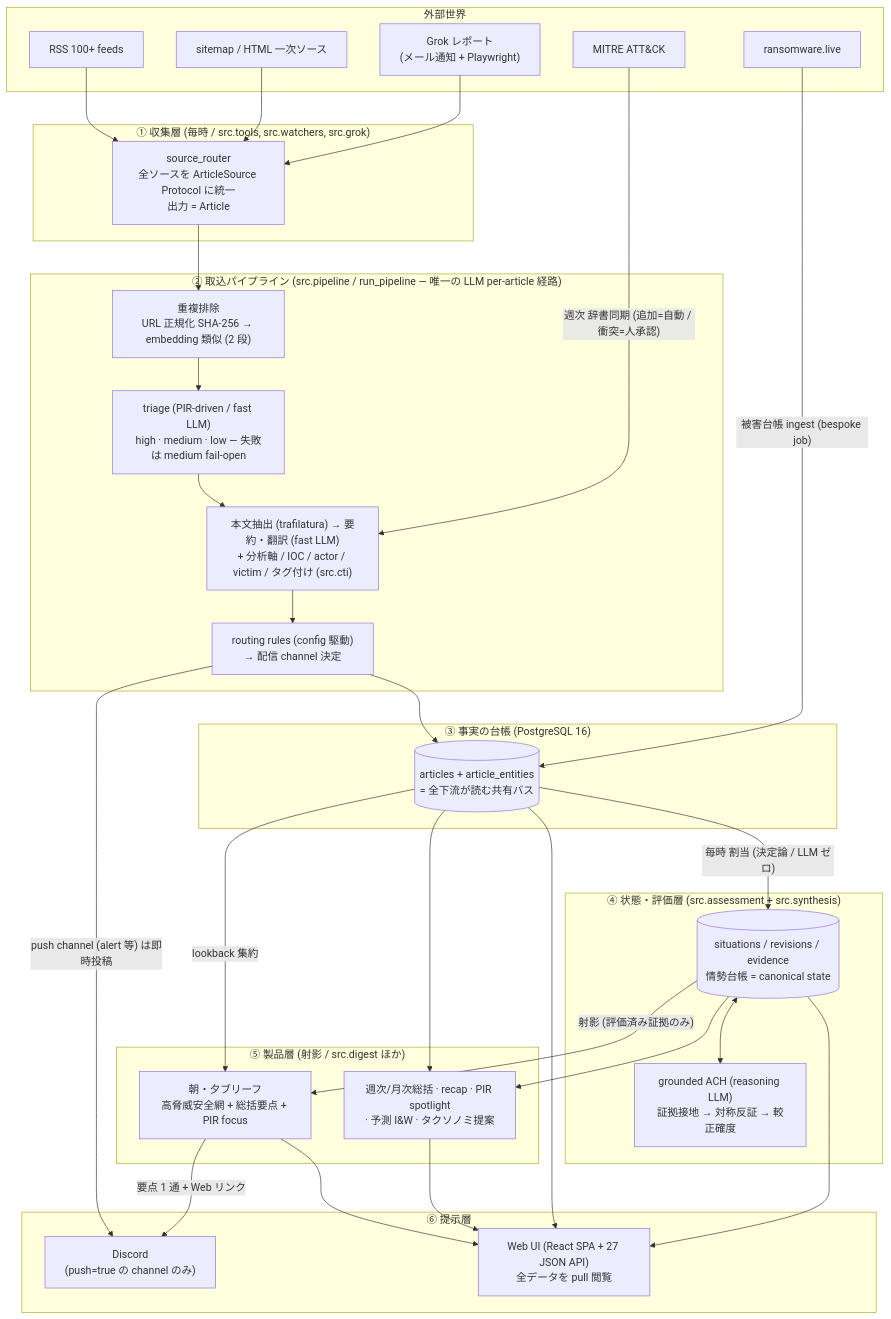
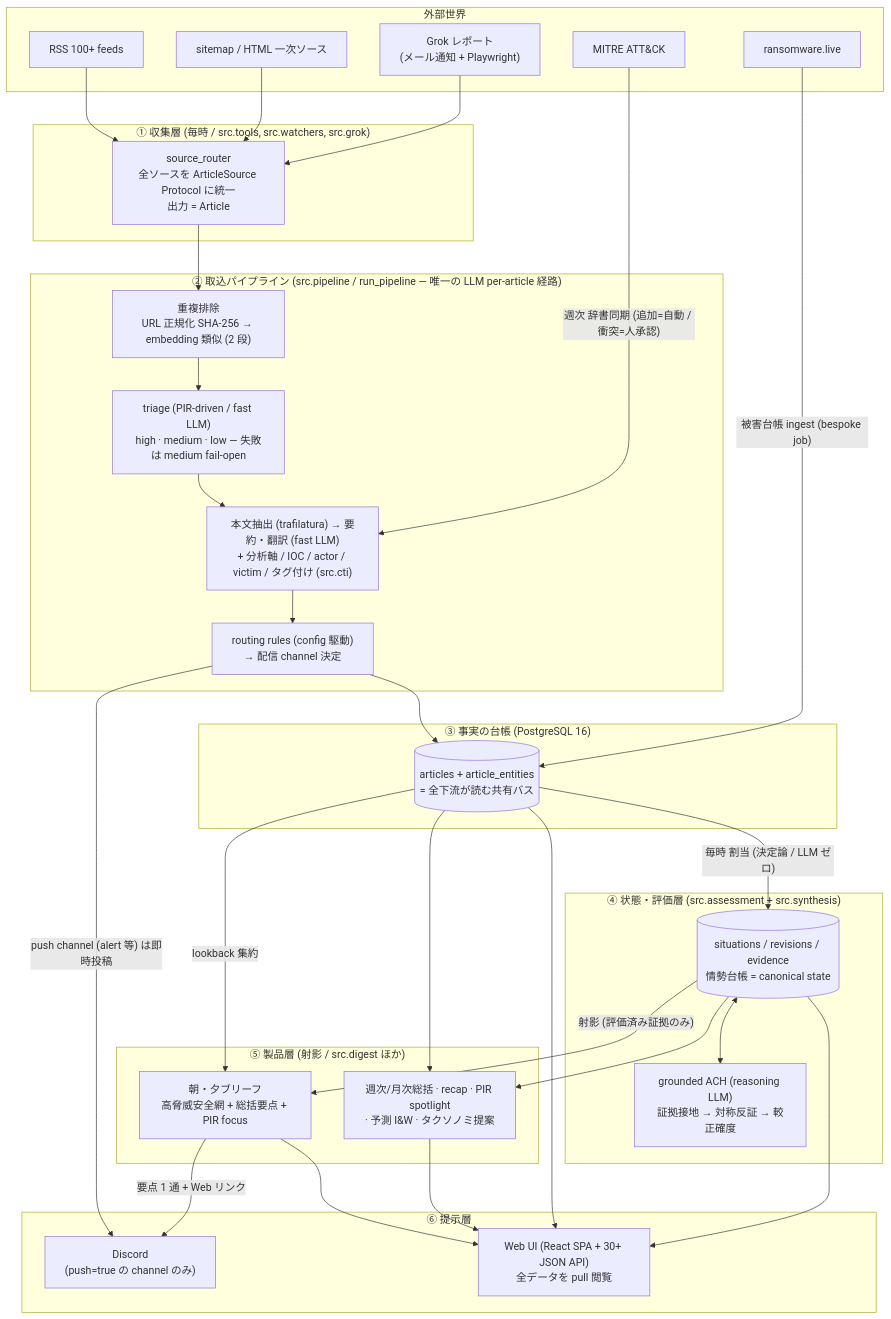
The first of 3 diagrams in README.md (kamonegi13/kuebiko), drawn with Mermaid before and after one commit. The commit also changed other lines of this file and 2 other files, not shown here.

````diff
--- a/README.md
+++ b/README.md
@@ -96,60 +103,60 @@
 ```mermaid
 flowchart TB
     subgraph EXT["外部世界"]
         RSS["RSS 100+ feeds"]
         WEB["sitemap / HTML 一次ソース"]
         MAIL["Grok レポート<br/>(メール通知 + Playwright)"]
         RW["ransomware.live"]
         MITRE["MITRE ATT&amp;CK"]
     end
 
     subgraph INGEST["① 収集層 (毎時 / src.tools, src.watchers, src.grok)"]
         SR["source_router<br/>全ソースを ArticleSource Protocol に統一<br/>出力 = Article"]
     end
 
     subgraph PROC["② 取込パイプライン (src.pipeline / run_pipeline — 唯一の LLM per-article 経路)"]
         DEDUP["重複排除<br/>URL 正規化 SHA-256 → embedding 類似 (2 段)"]
         TRIAGE["triage (PIR-driven / fast LLM)<br/>high · medium · low — 失敗は medium fail-open"]
         SUMM["本文抽出 (trafilatura) → 要約・翻訳 (fast LLM)<br/>+ 分析軸 / IOC / actor / victim / タグ付け (src.cti)"]
         ROUTE["routing rules (config 駆動)<br/>→ 配信 channel 決定"]
     end
 
     subgraph FACT["③ 事実の台帳 (PostgreSQL 16)"]
         ART[("articles + article_entities<br/>= 全下流が読む共有バス")]
     end
 
     subgraph STATE["④ 状態・評価層 (src.assessment + src.synthesis)"]
         LEDGER[("situations / revisions / evidence<br/>情勢台帳 = canonical state")]
         ACH["grounded ACH (reasoning LLM)<br/>証拠接地 → 対称反証 → 較正確度"]
     end
 
     subgraph PRODUCT["⑤ 製品層 (射影 / src.digest ほか)"]
         BRIEF["朝・夕ブリーフ<br/>高脅威安全網 + 総括要点 + PIR focus"]
         WK["週次/月次総括 · recap · PIR spotlight<br/>· 予測 I&amp;W · タクソノミ提案"]
     end
 
     subgraph OUT["⑥ 提示層"]
         DC["Discord<br/>(push=true の channel のみ)"]
-        WEBUI["Web UI (React SPA + 27 JSON API)<br/>全データを pull 閲覧"]
+        WEBUI["Web UI (React SPA + 30+ JSON API)<br/>全データを pull 閲覧"]
     end
 
     RSS --> SR
     WEB --> SR
     MAIL --> SR
     SR --> DEDUP --> TRIAGE --> SUMM --> ROUTE
     ROUTE -->|"push channel (alert 等) は即時投稿"| DC
     ROUTE --> ART
     RW -->|"被害台帳 ingest (bespoke job)"| ART
     ART -->|"毎時 割当 (決定論 / LLM ゼロ)"| LEDGER
     LEDGER <--> ACH
     LEDGER -->|"射影 (評価済み証拠のみ)"| BRIEF
     LEDGER --> WK
     ART -->|"lookback 集約"| BRIEF
     ART --> WK
     BRIEF -->|"要点 1 通 + Web リンク"| DC
     BRIEF --> WEBUI
     WK --> WEBUI
     ART --> WEBUI
     LEDGER --> WEBUI
     MITRE -->|"週次 辞書同期 (追加=自動 / 衝突=人承認)"| SUMM
 ```
````
